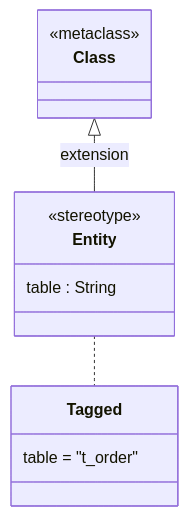
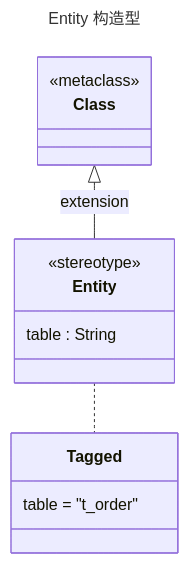
The ninth of 9 diagrams in references/types-modeling.md (huang-hee/diagram-kit), drawn with Mermaid before and after one commit. The commit also changed other lines of this file and 248 other files, not shown here.

First line of the commit message:
feat: 示例按统一风格重做，补齐 42 张 drawio 整图示例，默认工具改为 drawio

````diff
--- a/references/types-modeling.md
+++ b/references/types-modeling.md
@@ -366,18 +387,21 @@
 ```mermaid
+---
+title: Entity 构造型
+---
 classDiagram
   class Entity {
     <<stereotype>>
     table : String
   }
   class Class {
     <<metaclass>>
   }
   class Tagged {
     table = "t_order"
   }
   Class <|-- Entity : extension
   Entity .. Tagged
   class Entity:::stereo
   class Class:::meta
   class Tagged:::tagged
 ```
````
